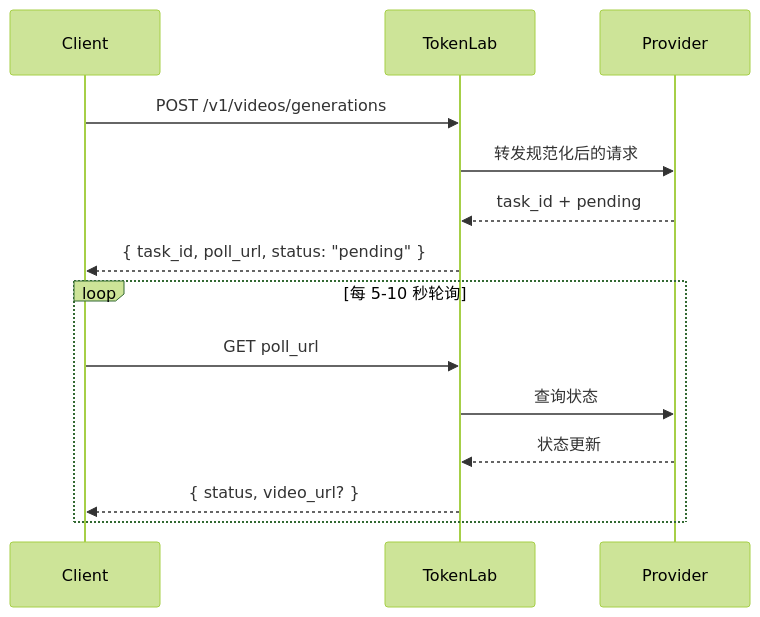
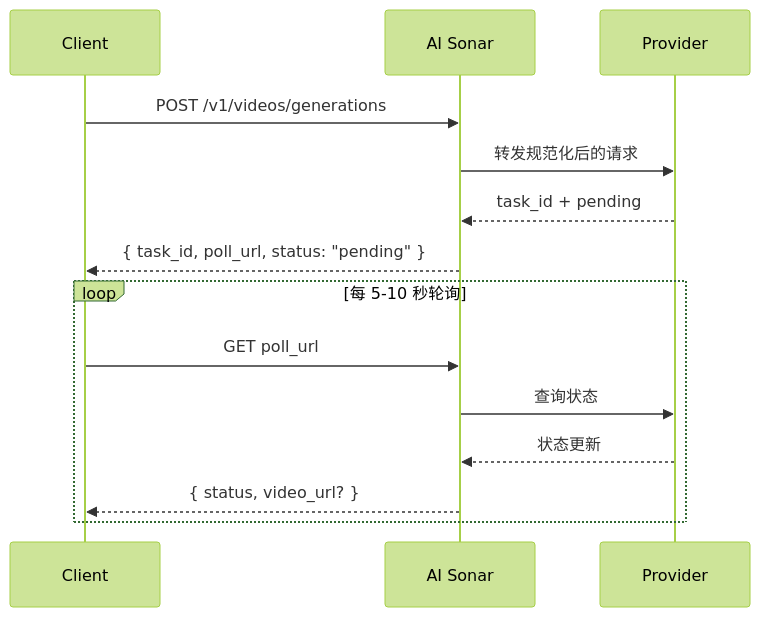
The diagram in zh/guides/video-generation.mdx (hedging8563/aisonar-docs), drawn with Mermaid (forest theme) before and after one commit. The commit also changed other lines of this file and 1036 other files, not shown here.

````diff
--- a/zh/guides/video-generation.mdx
+++ b/zh/guides/video-generation.mdx
@@ -24,18 +24,18 @@
 ```mermaid
 sequenceDiagram
     participant Client
-    participant TokenLab
+    participant AI Sonar
     participant Provider
 
-    Client->>TokenLab: POST /v1/videos/generations
-    TokenLab->>Provider: 转发规范化后的请求
-    Provider-->>TokenLab: task_id + pending
-    TokenLab-->>Client: { task_id, poll_url, status: "pending" }
+    Client->>AI Sonar: POST /v1/videos/generations
+    AI Sonar->>Provider: 转发规范化后的请求
+    Provider-->>AI Sonar: task_id + pending
+    AI Sonar-->>Client: { task_id, poll_url, status: "pending" }
 
     loop 每 5-10 秒轮询
-        Client->>TokenLab: GET poll_url
-        TokenLab->>Provider: 查询状态
-        Provider-->>TokenLab: 状态更新
-        TokenLab-->>Client: { status, video_url? }
+        Client->>AI Sonar: GET poll_url
+        AI Sonar->>Provider: 查询状态
+        Provider-->>AI Sonar: 状态更新
+        AI Sonar-->>Client: { status, video_url? }
     end
 ```
````
